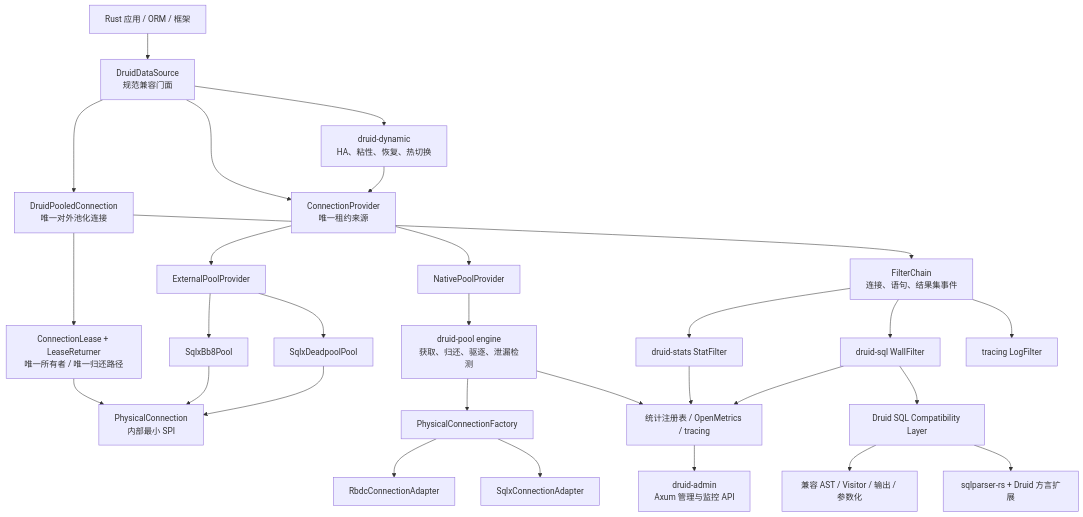
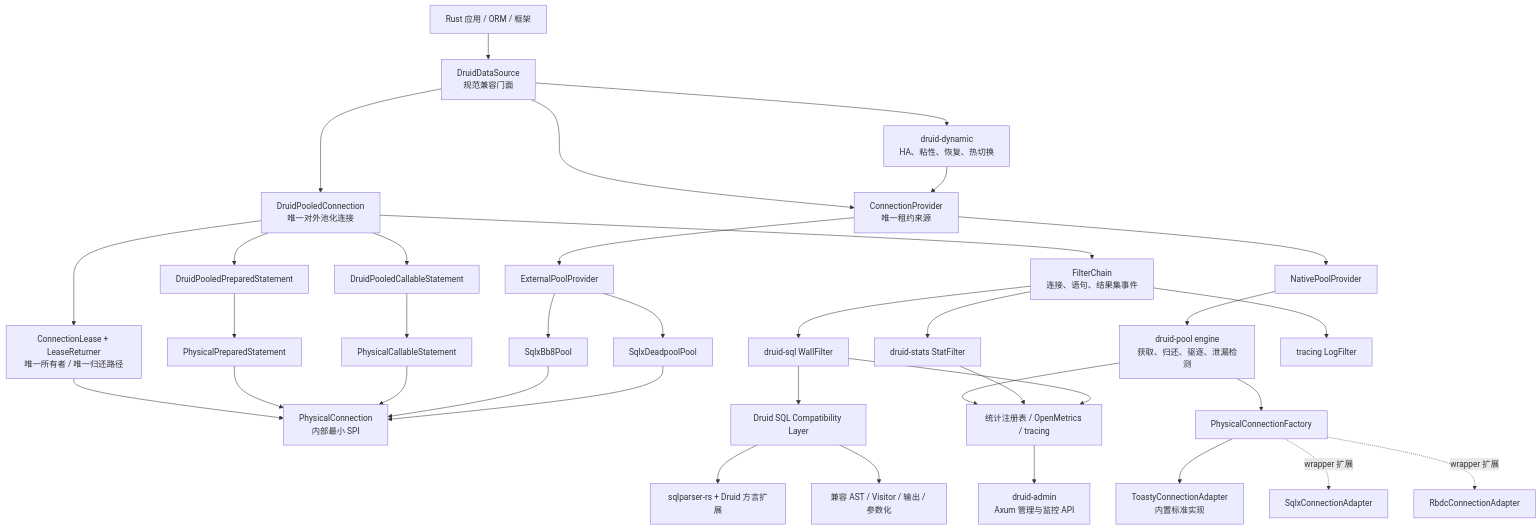
The first of 6 diagrams in doc/migration/1、迁移路线图.md (easy-4-rust/druid-rust), drawn with Mermaid before and after one commit. The commit also changed other lines of this file and 90 other files, not shown here.

First line of the commit message:
docs(migration): 更新迁移路线图文档

````diff
--- a/doc/migration/1、迁移路线图.md
+++ b/doc/migration/1、迁移路线图.md
@@ -55,36 +55,43 @@
 ```mermaid
 flowchart TD
     App["Rust 应用 / ORM / 框架"] --> Facade["DruidDataSource<br/>规范兼容门面"]
     Facade --> PublicConn["DruidPooledConnection<br/>唯一对外池化连接"]
     Facade --> Provider["ConnectionProvider<br/>唯一租约来源"]
     PublicConn --> Lease["ConnectionLease + LeaseReturner<br/>唯一所有者 / 唯一归还路径"]
     Lease --> Physical["PhysicalConnection<br/>内部最小 SPI"]
+    PublicConn --> Prepared["DruidPooledPreparedStatement"]
+    Prepared --> PhysicalPrepared["PhysicalPreparedStatement"]
+    PhysicalPrepared --> Physical
+    PublicConn --> Callable["DruidPooledCallableStatement"]
+    Callable --> PhysicalCallable["PhysicalCallableStatement"]
+    PhysicalCallable --> Physical
 
     Provider --> Native["NativePoolProvider"]
     Native --> Pool["druid-pool engine<br/>获取、归还、驱逐、泄漏检测"]
     Pool --> Factory["PhysicalConnectionFactory"]
-    Factory --> Sqlx["SqlxConnectionAdapter"]
-    Factory --> Rbdc["RbdcConnectionAdapter"]
+    Factory --> Toasty["ToastyConnectionAdapter<br/>内置标准实现"]
+    Factory -. "wrapper 扩展" .-> Sqlx["SqlxConnectionAdapter"]
+    Factory -. "wrapper 扩展" .-> Rbdc["RbdcConnectionAdapter"]
 
     Provider --> Bridge["ExternalPoolProvider"]
     Bridge --> Bb8["SqlxBb8Pool"]
     Bridge --> Deadpool["SqlxDeadpoolPool"]
     Bb8 --> Physical
     Deadpool --> Physical
 
     PublicConn --> Chain["FilterChain<br/>连接、语句、结果集事件"]
     Chain --> Wall["druid-sql WallFilter"]
     Chain --> Stat["druid-stats StatFilter"]
     Chain --> Log["tracing LogFilter"]
 
     Wall --> Compat["Druid SQL Compatibility Layer"]
     Compat --> Parser["sqlparser-rs + Druid 方言扩展"]
     Compat --> Ast["兼容 AST / Visitor / 输出 / 参数化"]
 
     Facade --> Dynamic["druid-dynamic<br/>HA、粘性、恢复、热切换"]
     Dynamic --> Provider
     Pool --> Observability["统计注册表 / OpenMetrics / tracing"]
     Stat --> Observability
     Wall --> Observability
     Observability --> Admin["druid-admin<br/>Axum 管理与监控 API"]
 ```
````
